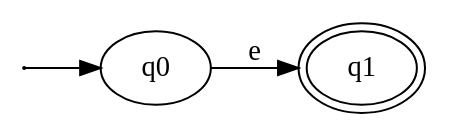
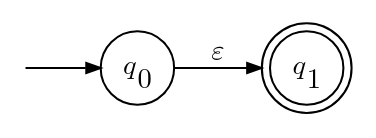
The diagram in Lecture-Notes/Abbildungen/aEpsilon.dot (karlstroetmann/Formal-Languages), drawn with Graphviz before and after one commit. The commit also changed other lines of this file and 37 other files, not shown here.

```diff
--- a/Lecture-Notes/Abbildungen/aEpsilon.dot
+++ b/Lecture-Notes/Abbildungen/aEpsilon.dot
@@ -1,8 +1,15 @@
-digraph G {    
+digraph G {
+    // The labels use the font Latin Modern Math (from TeX Live), so they look
+    // like $q_0$, $A(r)$ and $\varepsilon$ in the lecture notes.
     rankdir=LR;
-    size = "5,7";
+    fontname="Latin Modern Math";
+    fontsize=14;
+    node [shape=circle, fixedsize=true, width=0.5,
+          fontname="Latin Modern Math", fontsize=14];
+    edge [fontname="Latin Modern Math", fontsize=14, arrowsize=0.7];
+    1 [shape=none, label="", width=0, height=0];
     1 -> q0;
-    1 [label="",width=0.00001,height=0.00001];
-    q0 -> q1 [fontname="Symbol",label="e"];
-    q1  [peripheries=2];
+    q0 [label=<𝑞<SUB>0</SUB>>];
+    q1 [label=<𝑞<SUB>1</SUB>>, shape=doublecircle];
+    q0 -> q1 [label="𝜀"];
 }
```
